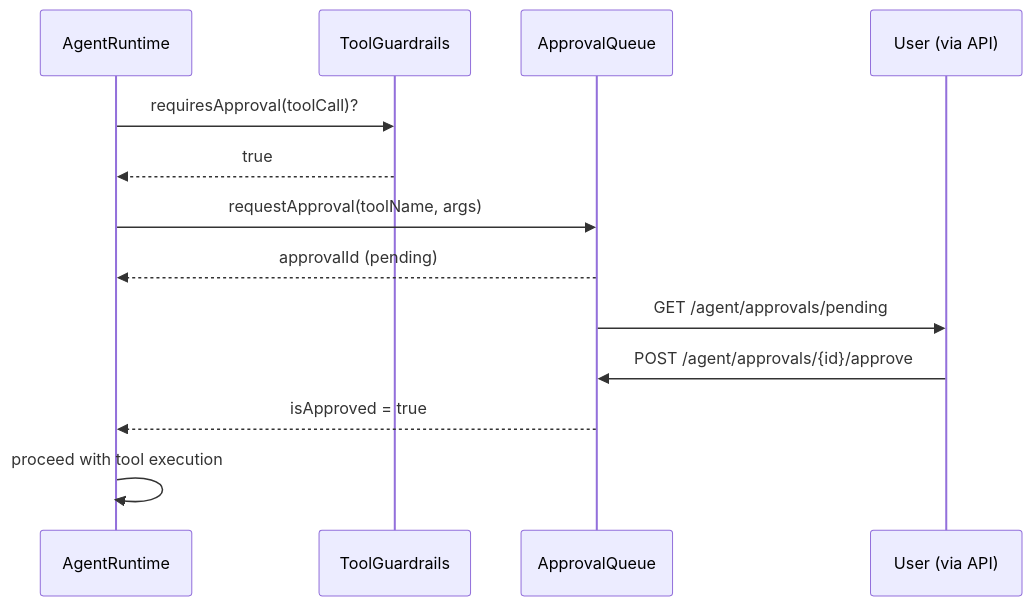
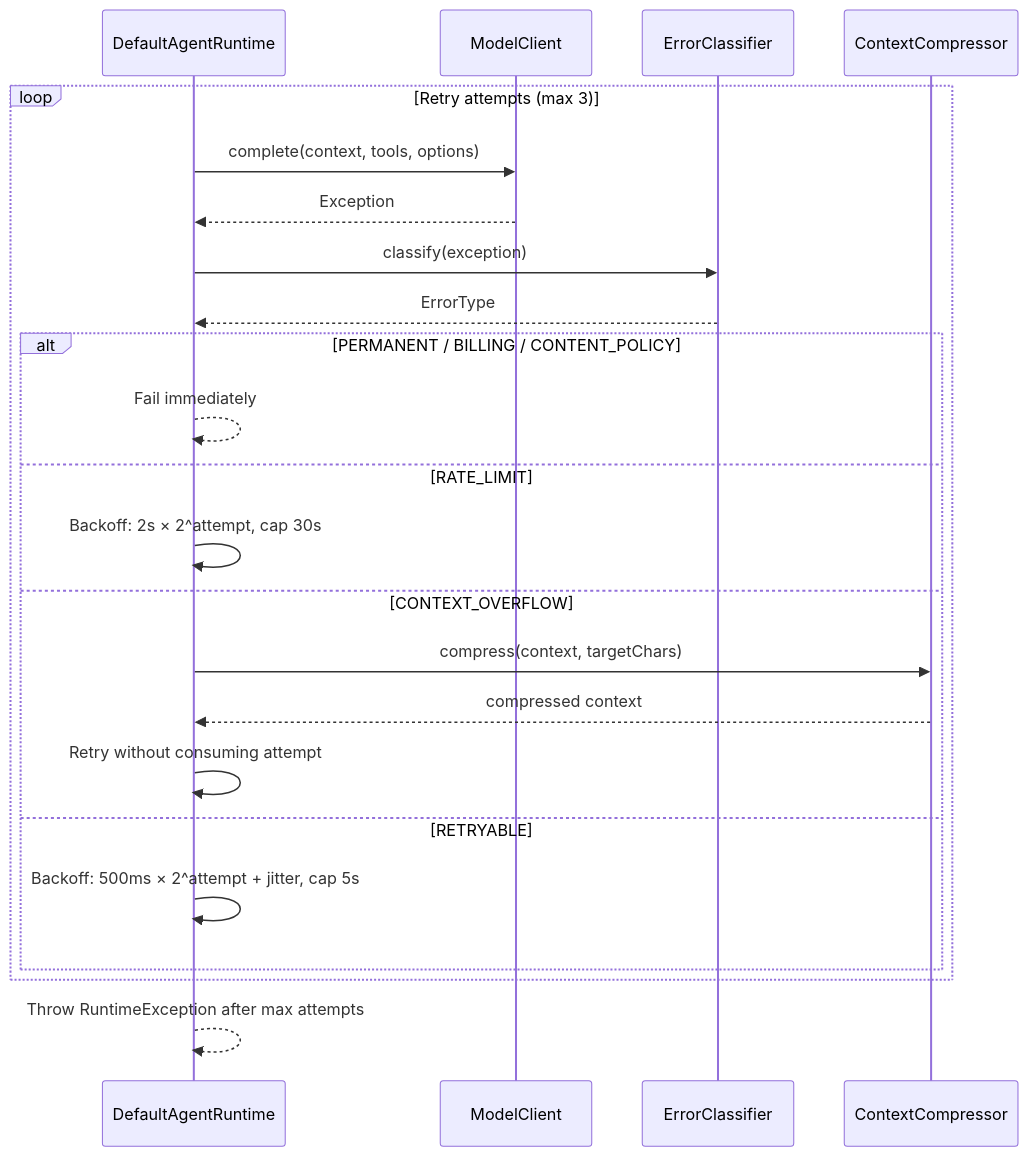
The ninth of 9 diagrams in docs/architecture/sequence-diagrams.md (FerrPOINT/java-agent), drawn with Mermaid before and after one commit. The commit also changed other lines of this file and 13 other files, not shown here.

First line of the commit message:
feat: architecture documentation + Docker prod compose + enhanced E2E smoke

````diff
--- a/docs/architecture/sequence-diagrams.md
+++ b/docs/architecture/sequence-diagrams.md
@@ -143,16 +342,29 @@
 ```mermaid
 sequenceDiagram
-    participant Runtime as AgentRuntime
-    participant Guard as ToolGuardrails
-    participant Queue as ApprovalQueue
-    participant User as User (via API)
+    participant DAR as DefaultAgentRuntime
+    participant MC as ModelClient
+    participant EC as ErrorClassifier
+    participant CC as ContextCompressor
 
-    Runtime->>Guard: requiresApproval(toolCall)?
-    Guard-->>Runtime: true
-    Runtime->>Queue: requestApproval(toolName, args)
-    Queue-->>Runtime: approvalId (pending)
-    Queue->>User: GET /agent/approvals/pending
-    User->>Queue: POST /agent/approvals/{id}/approve
-    Queue-->>Runtime: isApproved = true
-    Runtime->>Runtime: proceed with tool execution
+    loop Retry attempts (max 3)
+        DAR->>MC: complete(context, tools, options)
+        MC-->>DAR: Exception
+
+        DAR->>EC: classify(exception)
+        EC-->>DAR: ErrorType
+
+        alt PERMANENT / BILLING / CONTENT_POLICY
+            DAR-->>DAR: Fail immediately
+        else RATE_LIMIT
+            DAR->>DAR: Backoff: 2s × 2^attempt, cap 30s
+        else CONTEXT_OVERFLOW
+            DAR->>CC: compress(context, targetChars)
+            CC-->>DAR: compressed context
+            DAR->>DAR: Retry without consuming attempt
+        else RETRYABLE
+            DAR->>DAR: Backoff: 500ms × 2^attempt + jitter, cap 5s
+        end
+    end
+
+    DAR-->>DAR: Throw RuntimeException after max attempts
 ```
````
